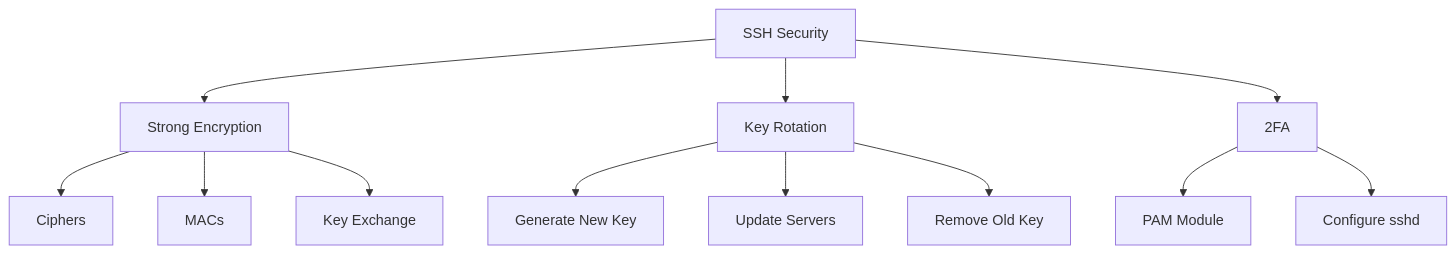
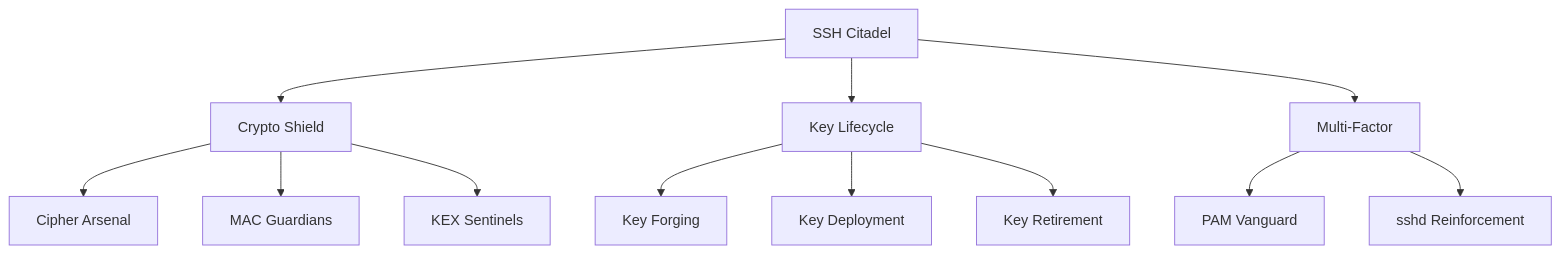
The first of 5 diagrams in mastering-ssh-part-one/3 - Intermediate SSH Usage.md (cipherbite/mastering-linux), drawn with Mermaid before and after one commit. The commit also changed other lines of this file, not shown here.

Commit message:
Update 3 - Intermediate SSH Usage.md

````diff
--- a/mastering-ssh-part-one/3 - Intermediate SSH Usage.md
+++ b/mastering-ssh-part-one/3 - Intermediate SSH Usage.md
@@ -80,14 +63,14 @@
 ```mermaid
 graph TD
-    A[SSH Security] --> B[Strong Encryption]
-    A --> C[Key Rotation]
-    A --> D[2FA]
-    B --> E[Ciphers]
-    B --> F[MACs]
-    B --> G[Key Exchange]
-    C --> H[Generate New Key]
-    C --> I[Update Servers]
-    C --> J[Remove Old Key]
-    D --> K[PAM Module]
-    D --> L[Configure sshd]
+    A[SSH Citadel] --> B[Crypto Shield]
+    A --> C[Key Lifecycle]
+    A --> D[Multi-Factor]
+    B --> E[Cipher Arsenal]
+    B --> F[MAC Guardians]
+    B --> G[KEX Sentinels]
+    C --> H[Key Forging]
+    C --> I[Key Deployment]
+    C --> J[Key Retirement]
+    D --> K[PAM Vanguard]
+    D --> L[sshd Reinforcement]
 ```
````
